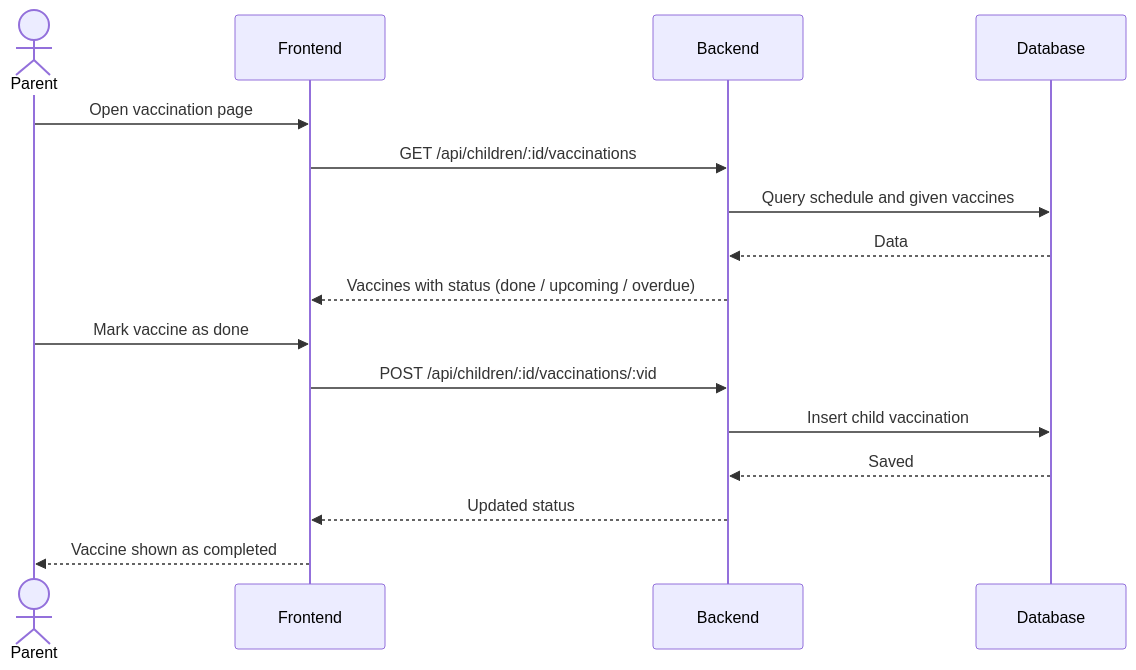
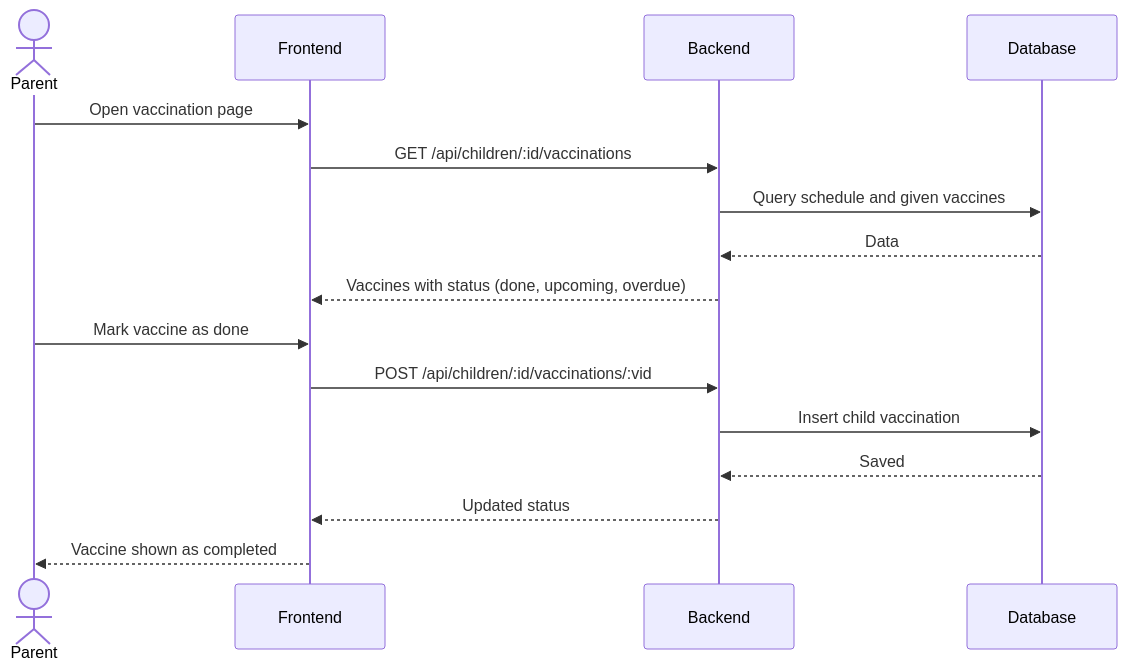
The fifth of 5 diagrams in docs/SDD.md (Alsoren/child-development-platform), drawn with Mermaid before and after one commit. The commit also changed other lines of this file and 2 other files, not shown here.

````diff
--- a/docs/SDD.md
+++ b/docs/SDD.md
@@ -211,15 +246,15 @@
 ```mermaid
 sequenceDiagram
     actor Parent
     Parent->>Frontend: Open vaccination page
     Frontend->>Backend: GET /api/children/:id/vaccinations
     Backend->>Database: Query schedule and given vaccines
     Database-->>Backend: Data
-    Backend-->>Frontend: Vaccines with status (done / upcoming / overdue)
+    Backend-->>Frontend: Vaccines with status (done, upcoming, overdue)
     Parent->>Frontend: Mark vaccine as done
     Frontend->>Backend: POST /api/children/:id/vaccinations/:vid
     Backend->>Database: Insert child vaccination
     Database-->>Backend: Saved
     Backend-->>Frontend: Updated status
     Frontend-->>Parent: Vaccine shown as completed
 ```
````
